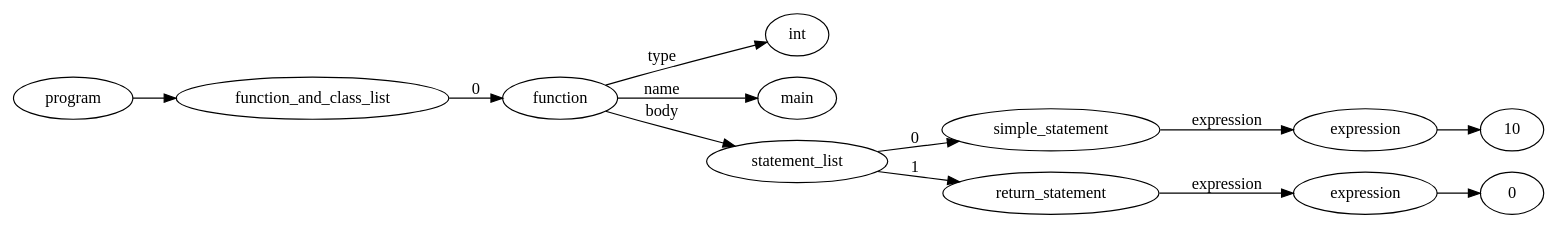
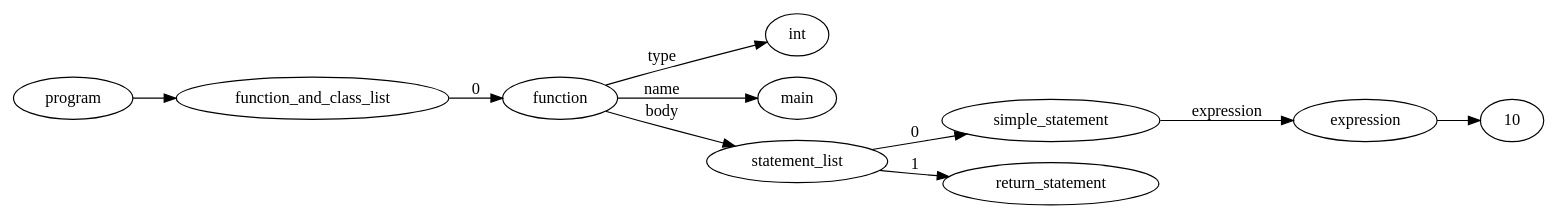
The diagram in project_for_lex.yy.c/dot_after.dot (Flipty148/objective_c_compiler), drawn with Graphviz before and after one commit. The commit also changed 6 other files, not shown here.

```diff
--- a/project_for_lex.yy.c/dot_after.dot
+++ b/project_for_lex.yy.c/dot_after.dot
@@ -1,25 +1,21 @@
 digraph ObjectiveC { rankdir="LR";
 7[label="program"];
 7->6;
 6[label="function_and_class_list"];
 6->5[label="0"];
 5[label="function"];
 5->0[label="type"];
 0[label="int"];
 5->5.1 [label="name"];
 5.1 [label="main"];
 5->4[label="body"];
 4[label="statement_list"];
 4->3[label="0"];
 3[label="simple_statement"];
 3->2[label="expression"];
 2[label="expression"];
 2->1;
 1[label="10"];
-4->20[label="1"];
-20[label="return_statement"];
-20->19[label="expression"];
-19[label="expression"];
-19->18;
-18[label="0"];
+4->18[label="1"];
+18[label="return_statement"];
 }
```
